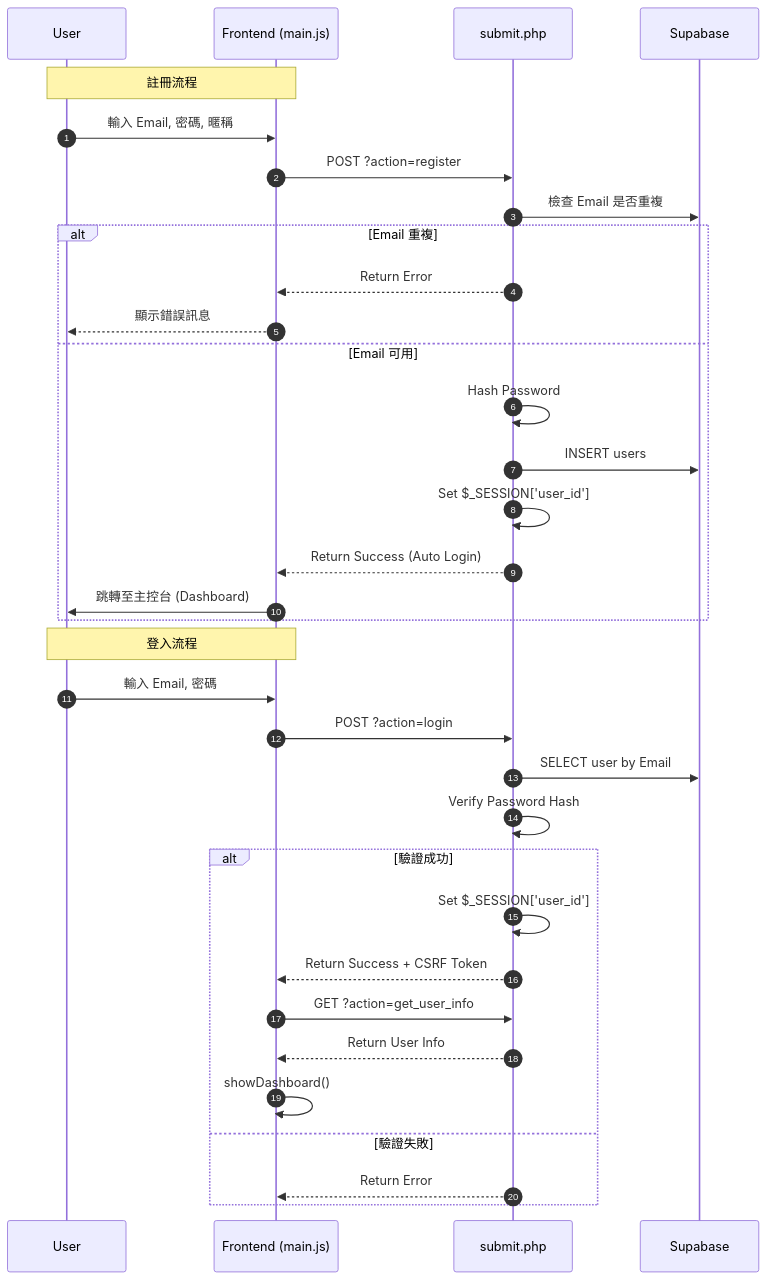
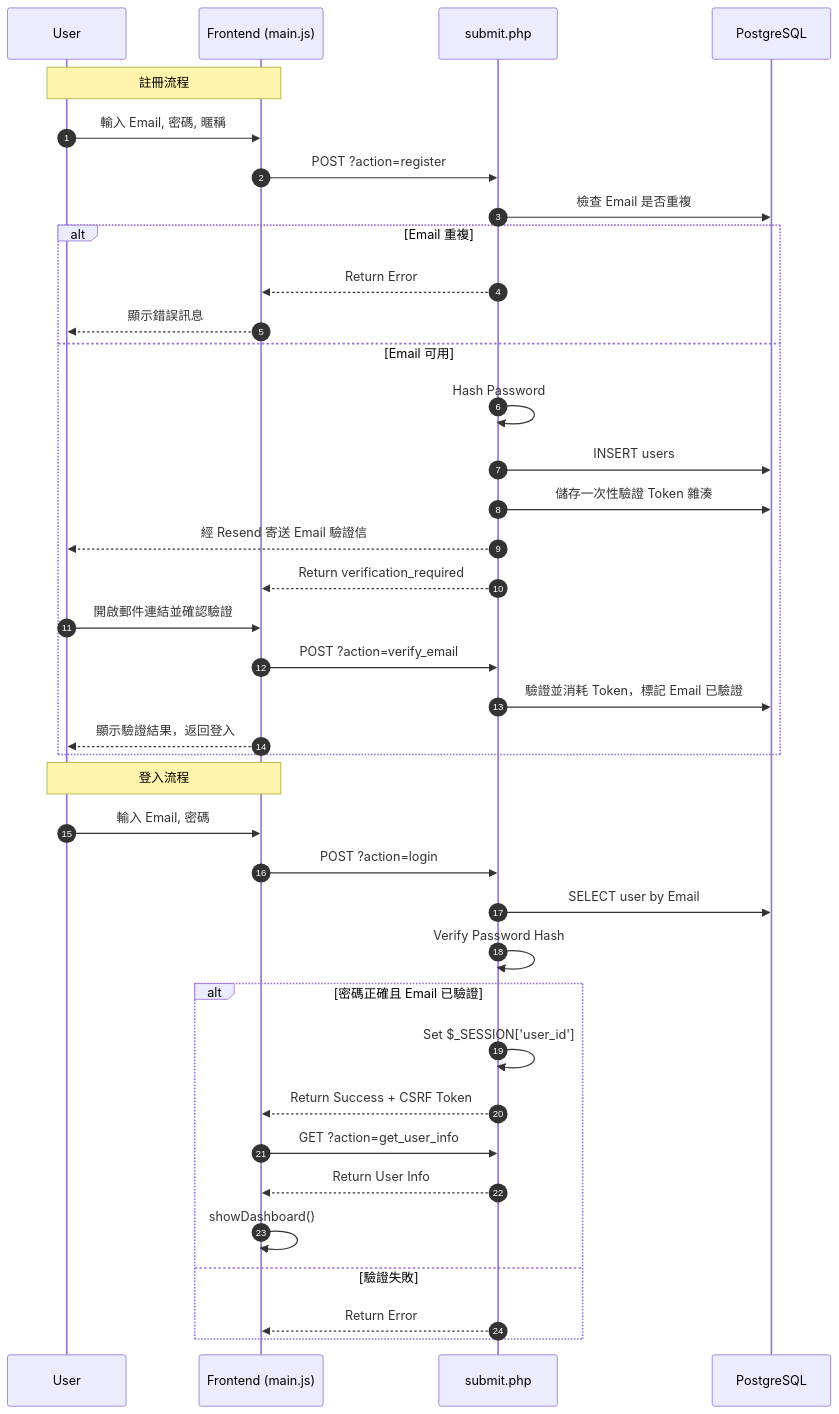
The second of 5 diagrams in illustrate/architecture.md (Raxter62/Fitconnect), drawn with Mermaid before and after one commit. The commit also changed other lines of this file and 29 other files, not shown here.

Commit message:
Gemini 教練：保留獨立 PHP，移除 OpenAI 呼叫；讀取真實後端摘要，保留最近六則對話，區分紀錄事實與 AI 建議。 運動紀錄管理：列表、修改、刪除，同步更新統計、排行榜與成就資格。 聊天快捷訊息：個人週報、當日運動分析，可再選擇「請 AI 解讀」。 帳號驗證：Email 驗證、重寄驗證信、忘記密碼；重設密碼後舊登入失效。 修正手機版溢出、視窗排版及 PWA 私人 API 快取問題。

````diff
--- a/illustrate/architecture.md
+++ b/illustrate/architecture.md
@@ -65,38 +65,42 @@
 ```mermaid
 sequenceDiagram
     autonumber
     participant U as User
     participant FE as Frontend (main.js)
     participant API as submit.php
-    participant DB as Supabase
+    participant DB as PostgreSQL
 
     Note over U, FE: 註冊流程
     U->>FE: 輸入 Email, 密碼, 暱稱
     FE->>API: POST ?action=register
     API->>DB: 檢查 Email 是否重複
     alt Email 重複
         API-->>FE: Return Error
         FE-->>U: 顯示錯誤訊息
     else Email 可用
         API->>API: Hash Password
         API->>DB: INSERT users
-        API->>API: Set $_SESSION['user_id']
-        API-->>FE: Return Success (Auto Login)
-        FE->>U: 跳轉至主控台 (Dashboard)
+        API->>DB: 儲存一次性驗證 Token 雜湊
+        API-->>U: 經 Resend 寄送 Email 驗證信
+        API-->>FE: Return verification_required
+        U->>FE: 開啟郵件連結並確認驗證
+        FE->>API: POST ?action=verify_email
+        API->>DB: 驗證並消耗 Token，標記 Email 已驗證
+        FE-->>U: 顯示驗證結果，返回登入
     end
 
     Note over U, FE: 登入流程
     U->>FE: 輸入 Email, 密碼
     FE->>API: POST ?action=login
     API->>DB: SELECT user by Email
     API->>API: Verify Password Hash
-    alt 驗證成功
+    alt 密碼正確且 Email 已驗證
         API->>API: Set $_SESSION['user_id']
         API-->>FE: Return Success + CSRF Token
         FE->>API: GET ?action=get_user_info
         API-->>FE: Return User Info
         FE->>FE: showDashboard()
     else 驗證失敗
         API-->>FE: Return Error
     end
 ```
````
